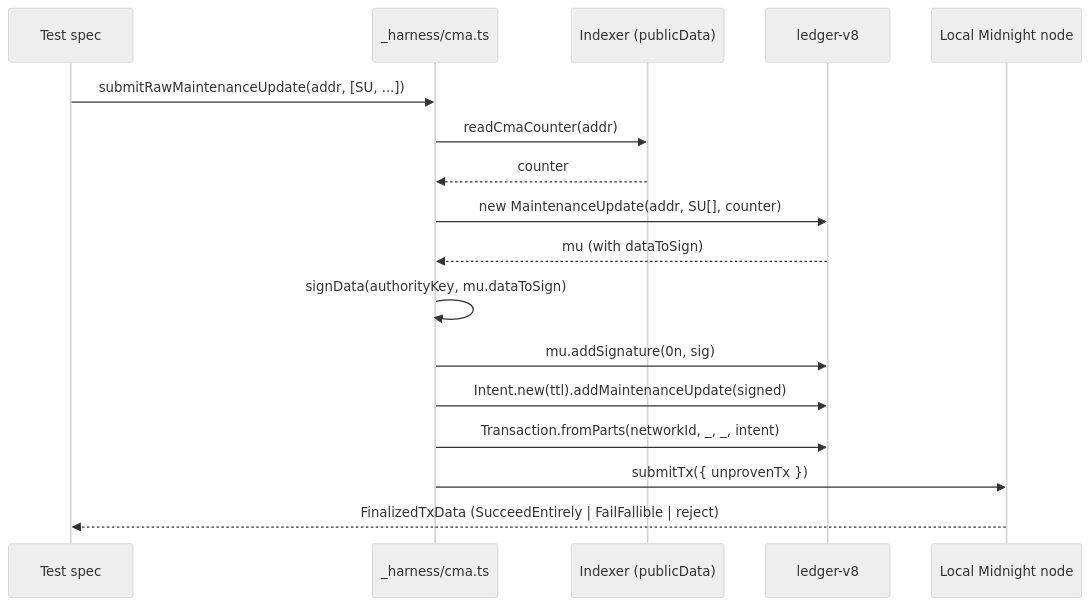
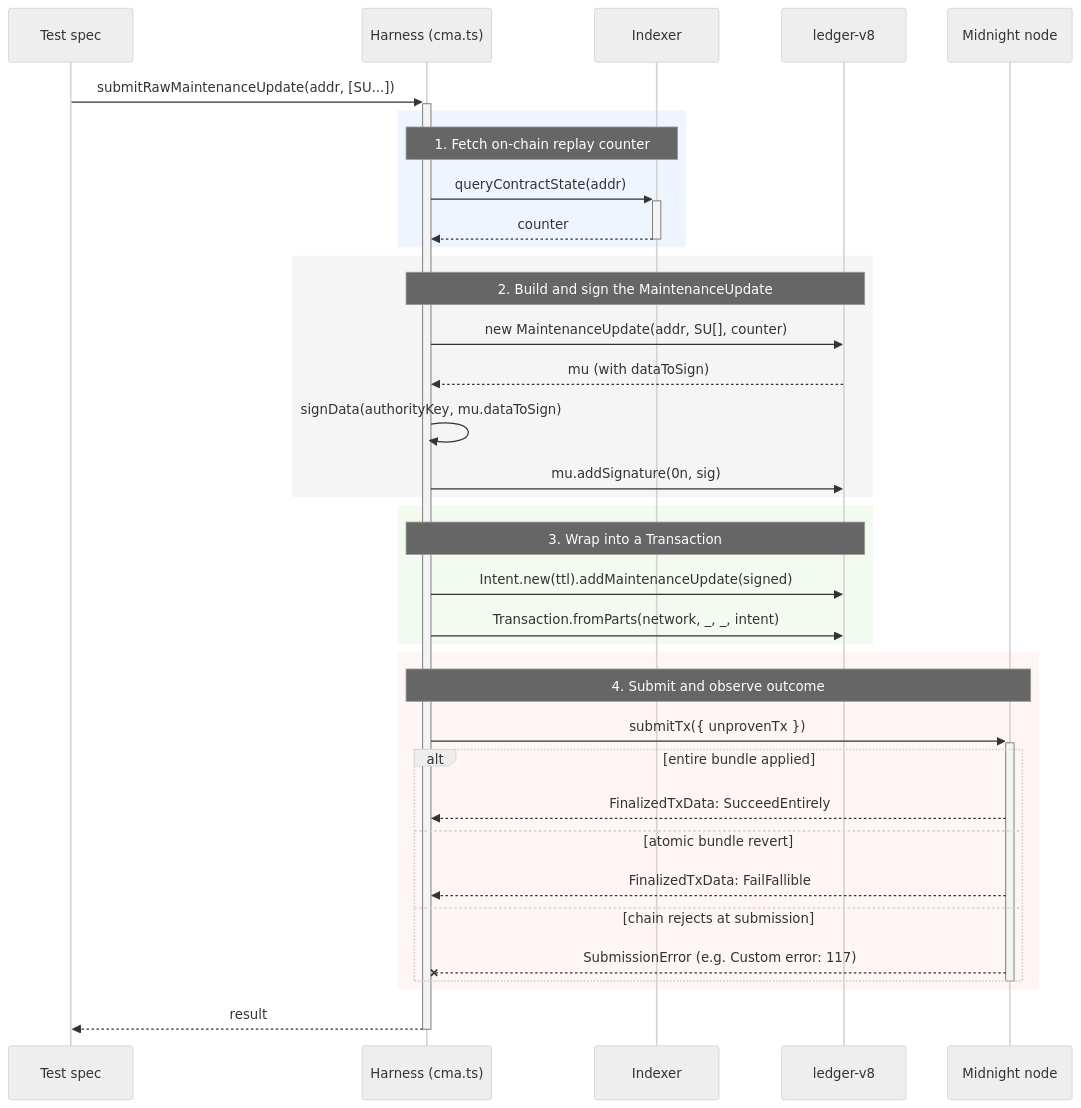
One commit to OpenZeppelin/compact-contracts changed the second of 2 diagrams in contracts/test/integration/README.md. Above: the diagram before and after it, drawn with Mermaid (neutral theme). The commit also changed other lines of this file and 11 other files, not shown here.

````diff
--- a/contracts/test/integration/README.md
+++ b/contracts/test/integration/README.md
@@ -93,20 +95,45 @@
 ```mermaid
 sequenceDiagram
   participant Spec as Test spec
-  participant Harness as _harness/cma.ts
-  participant Idx as Indexer (publicData)
-  participant Ledger as ledger-v8
-  participant Node as Local Midnight node
+  participant H as Harness (cma.ts)
+  participant I as Indexer
+  participant L as ledger-v8
+  participant N as Midnight node
 
-  Spec->>Harness: submitRawMaintenanceUpdate(addr, [SU, ...])
-  Harness->>Idx: readCmaCounter(addr)
-  Idx-->>Harness: counter
-  Harness->>Ledger: new MaintenanceUpdate(addr, SU[], counter)
-  Ledger-->>Harness: mu (with dataToSign)
-  Harness->>Harness: signData(authorityKey, mu.dataToSign)
-  Harness->>Ledger: mu.addSignature(0n, sig)
-  Harness->>Ledger: Intent.new(ttl).addMaintenanceUpdate(signed)
-  Harness->>Ledger: Transaction.fromParts(networkId, _, _, intent)
-  Harness->>Node: submitTx({ unprovenTx })
-  Node-->>Spec: FinalizedTxData (SucceedEntirely | FailFallible | reject)
+  Spec->>+H: submitRawMaintenanceUpdate(addr, [SU...])
+
+  rect rgb(238, 245, 255)
+    Note over H,I: 1. Fetch on-chain replay counter
+    H->>+I: queryContractState(addr)
+    I-->>-H: counter
+  end
+
+  rect rgb(245, 245, 245)
+    Note over H,L: 2. Build and sign the MaintenanceUpdate
+    H->>L: new MaintenanceUpdate(addr, SU[], counter)
+    L-->>H: mu (with dataToSign)
+    H->>H: signData(authorityKey, mu.dataToSign)
+    H->>L: mu.addSignature(0n, sig)
+  end
+
+  rect rgb(243, 250, 240)
+    Note over H,L: 3. Wrap into a Transaction
+    H->>L: Intent.new(ttl).addMaintenanceUpdate(signed)
+    H->>L: Transaction.fromParts(network, _, _, intent)
+  end
+
+  rect rgb(255, 245, 245)
+    Note over H,N: 4. Submit and observe outcome
+    H->>+N: submitTx({ unprovenTx })
+    alt entire bundle applied
+      N-->>H: FinalizedTxData: SucceedEntirely
+    else atomic bundle revert
+      N-->>H: FinalizedTxData: FailFallible
+    else chain rejects at submission
+      N--xH: SubmissionError (e.g. Custom error: 117)
+    end
+    deactivate N
+  end
+
+  H-->>-Spec: result
 ```
````
